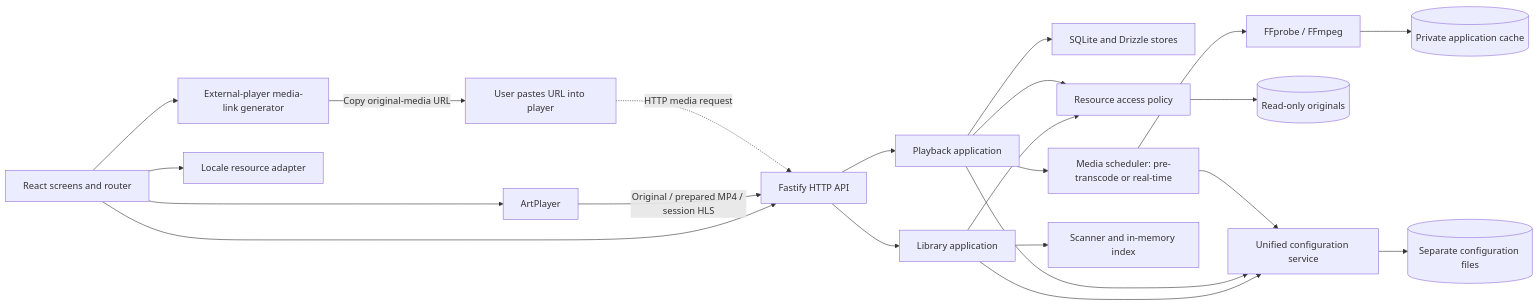
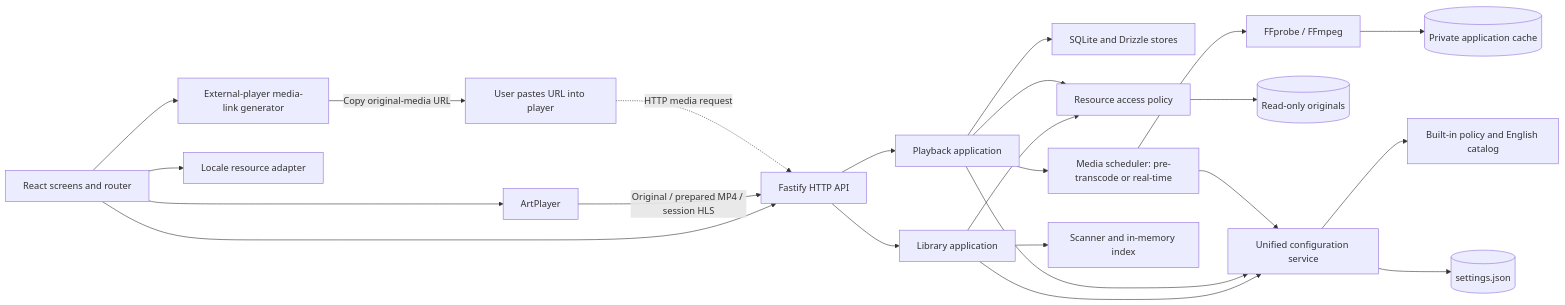
The diagram in docs/current-version-design.md (qw0er/Anishelf), drawn with Mermaid before and after one commit. The commit also changed other lines of this file and 2 other files, not shown here.

Commit message:
doc: Simplify config design

````diff
--- a/docs/current-version-design.md
+++ b/docs/current-version-design.md
@@ -36,24 +36,25 @@
 ```mermaid
 flowchart LR
     UI[React screens and router] --> API[Fastify HTTP API]
     UI --> Player[ArtPlayer]
     Player -->|Original / prepared MP4 / session HLS| API
     API --> Library[Library application]
     API --> Playback[Playback application]
     Playback --> Records[SQLite and Drizzle stores]
     Playback --> Worker[Media scheduler: pre-transcode or real-time]
     Worker --> FF[FFprobe / FFmpeg]
     Library --> Access[Resource access policy]
     Playback --> Access
     Access --> Originals[(Read-only originals)]
     FF --> Cache[(Private application cache)]
     UI --> Link[External-player media-link generator]
     Link -->|Copy original-media URL| Clipboard[User pastes URL into player]
     Clipboard -.->|HTTP media request| API
     Library --> Config[Unified configuration service]
     Playback --> Config
     Worker --> Config
-    Config --> Files[(Separate configuration files)]
+    Config --> Defaults[Built-in policy and English catalog]
+    Config --> Settings[(settings.json)]
     UI --> Locale[Locale resource adapter]
     Library --> Scanner[Scanner and in-memory index]
 ```
````
